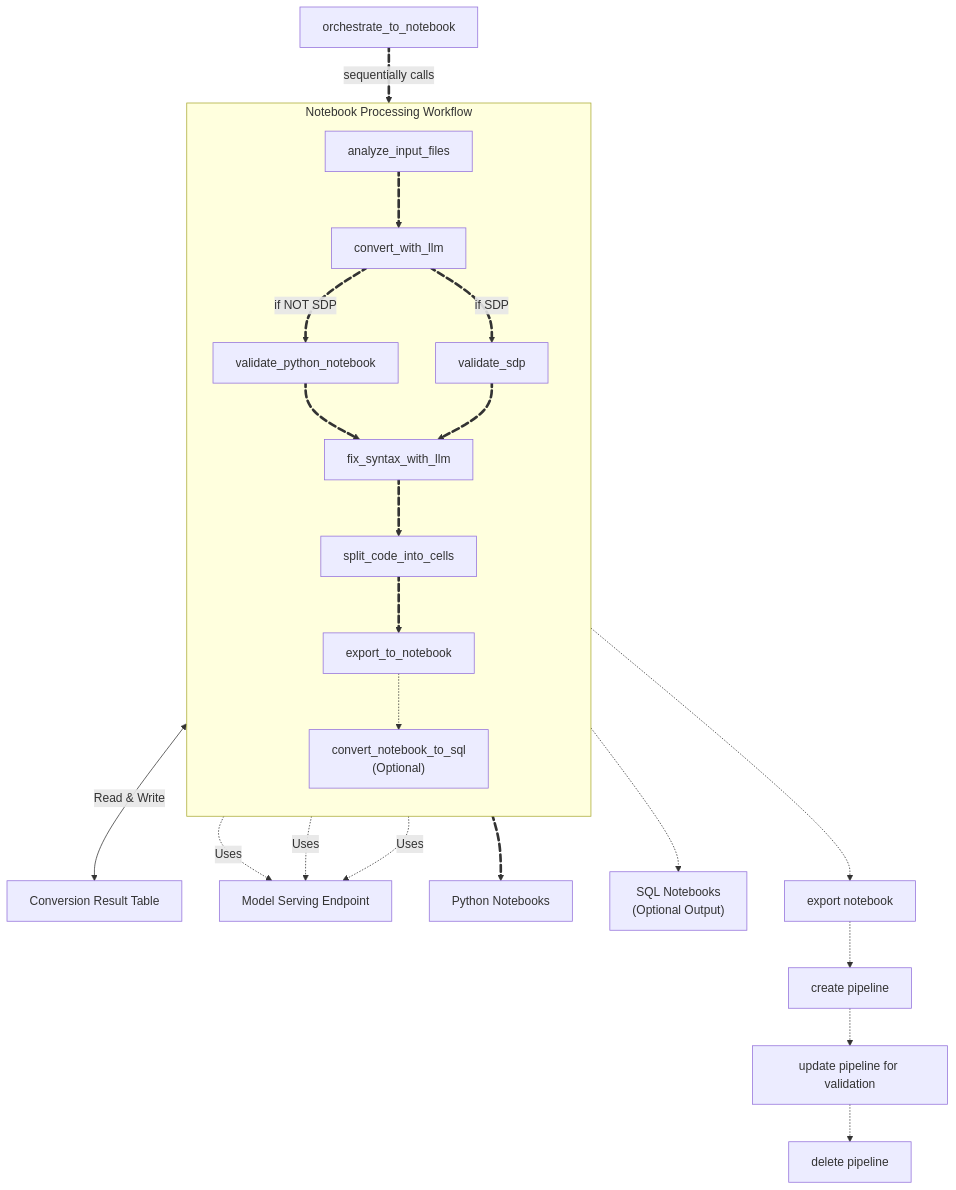
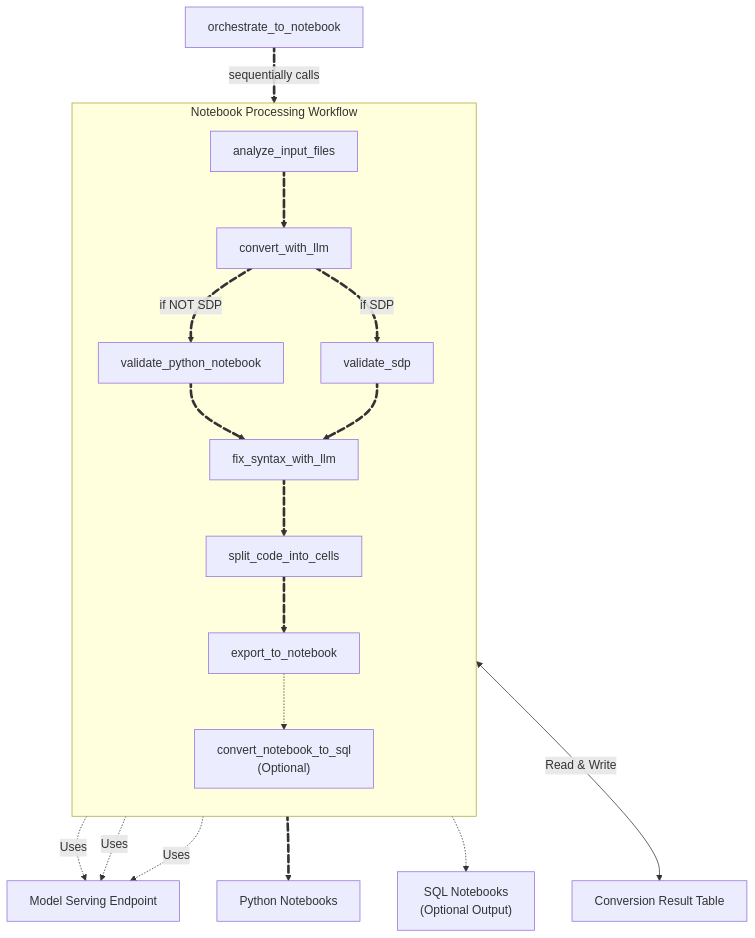
Before and after one commit to databrickslabs/lakebridge: the second of 3 diagrams in docs/lakebridge/docs/transpile/pluggable_transpilers/switch/index.mdx, drawn with Mermaid. The commit also changed other lines of this file, not shown here.

````diff
--- a/docs/lakebridge/docs/transpile/pluggable_transpilers/switch/index.mdx
+++ b/docs/lakebridge/docs/transpile/pluggable_transpilers/switch/index.mdx
@@ -333,46 +334,40 @@
 ```mermaid
 flowchart TD
     orchestrator[orchestrate_to_notebook] e1@==>|sequentially calls| processing
 
     subgraph processing ["Notebook Processing Workflow"]
         direction TB
         analyze[analyze_input_files] e2@==> convert[convert_with_llm]
 
         %% Branch: decide validation path
         convert e8@==>|if SDP| validate_sdp[validate_sdp]
         convert e3@==>|if NOT SDP| validate_nb[validate_python_notebook]
 
         %% Downstream connections - both validations flow to fix_syntax
         validate_nb e4@==> fix[fix_syntax_with_llm]
         validate_sdp e9@==> fix
 
         fix e5@==> split[split_code_into_cells]
         split e6@==> export[export_to_notebook]
         export -.-> sqlExport["convert_notebook_to_sql<br>(Optional)"]
     end
 
     processing <-->|Read & Write| table[Conversion Result Table]
 
     convert -.->|Uses| endpoint[Model Serving Endpoint]
     fix -.->|Uses| endpoint
     sqlExport -.->|Uses| endpoint
 
     export e7@==> notebooks[Python Notebooks]
     sqlExport -.-> sqlNotebooks["SQL Notebooks<br>(Optional Output)"]
-
-    %% SDP validation pipeline operations 
-    validate_sdp -.-> export_notebook[export notebook]
-    export_notebook -.-> create_pipeline[create pipeline]
-    create_pipeline -.-> update_pipeline[update pipeline for validation]
-    update_pipeline -.-> delete_pipeline[delete pipeline]
-    
+  
     e1@{ animate: true }
     e2@{ animate: true }
     e3@{ animate: true }
     e4@{ animate: true }
     e5@{ animate: true }
     e6@{ animate: true }
     e7@{ animate: true }
     e8@{ animate: true }
     e9@{ animate: true }
 ```
````
